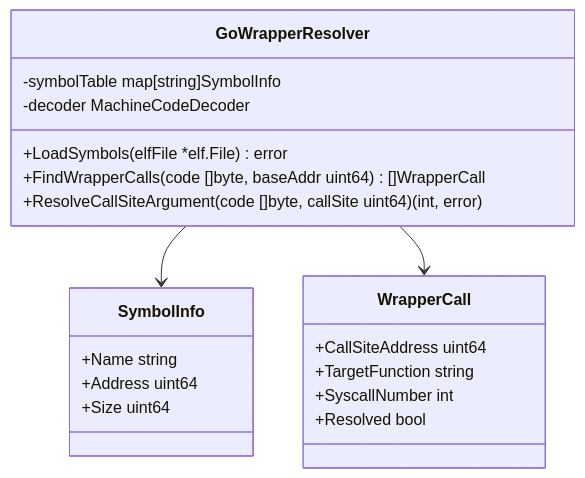
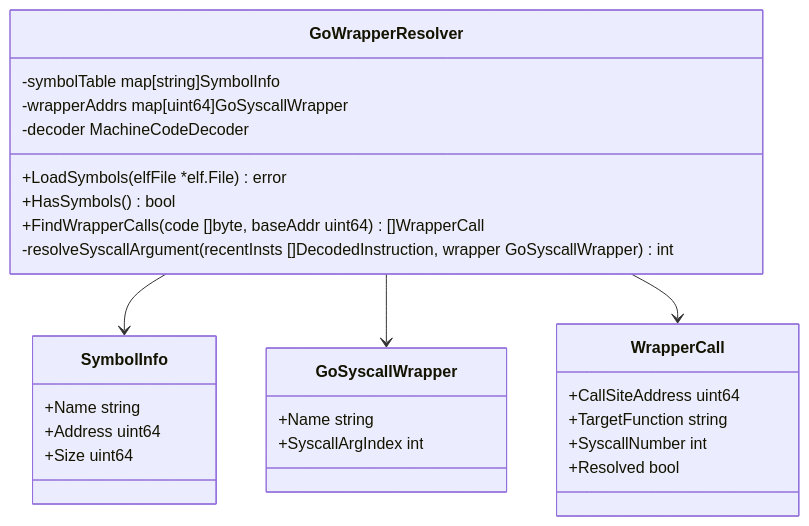
Before and after one commit to isseis/go-safe-cmd-runner: the ninth of 17 diagrams in docs/tasks/0070_elf_syscall_analysis/02_architecture.md, drawn with Mermaid. The commit also changed other lines of this file and 1 other file, not shown here.

First line of the commit message:
refactor: separate syscall and Go wrapper analysis into two passes

````diff
--- a/docs/tasks/0070_elf_syscall_analysis/02_architecture.md
+++ b/docs/tasks/0070_elf_syscall_analysis/02_architecture.md
@@ -288,26 +305,34 @@
 ```mermaid
 classDiagram
     class GoWrapperResolver {
         -symbolTable map[string]SymbolInfo
+        -wrapperAddrs map[uint64]GoSyscallWrapper
         -decoder MachineCodeDecoder
         +LoadSymbols(elfFile *elf.File) error
+        +HasSymbols() bool
         +FindWrapperCalls(code []byte, baseAddr uint64) []WrapperCall
-        +ResolveCallSiteArgument(code []byte, callSite uint64) (int, error)
+        -resolveSyscallArgument(recentInsts []DecodedInstruction, wrapper GoSyscallWrapper) int
     }
 
     class SymbolInfo {
         +Name string
         +Address uint64
         +Size uint64
+    }
+
+    class GoSyscallWrapper {
+        +Name string
+        +SyscallArgIndex int
     }
 
     class WrapperCall {
         +CallSiteAddress uint64
         +TargetFunction string
         +SyscallNumber int
         +Resolved bool
     }
 
     GoWrapperResolver --> SymbolInfo
+    GoWrapperResolver --> GoSyscallWrapper
     GoWrapperResolver --> WrapperCall
 ```
````
